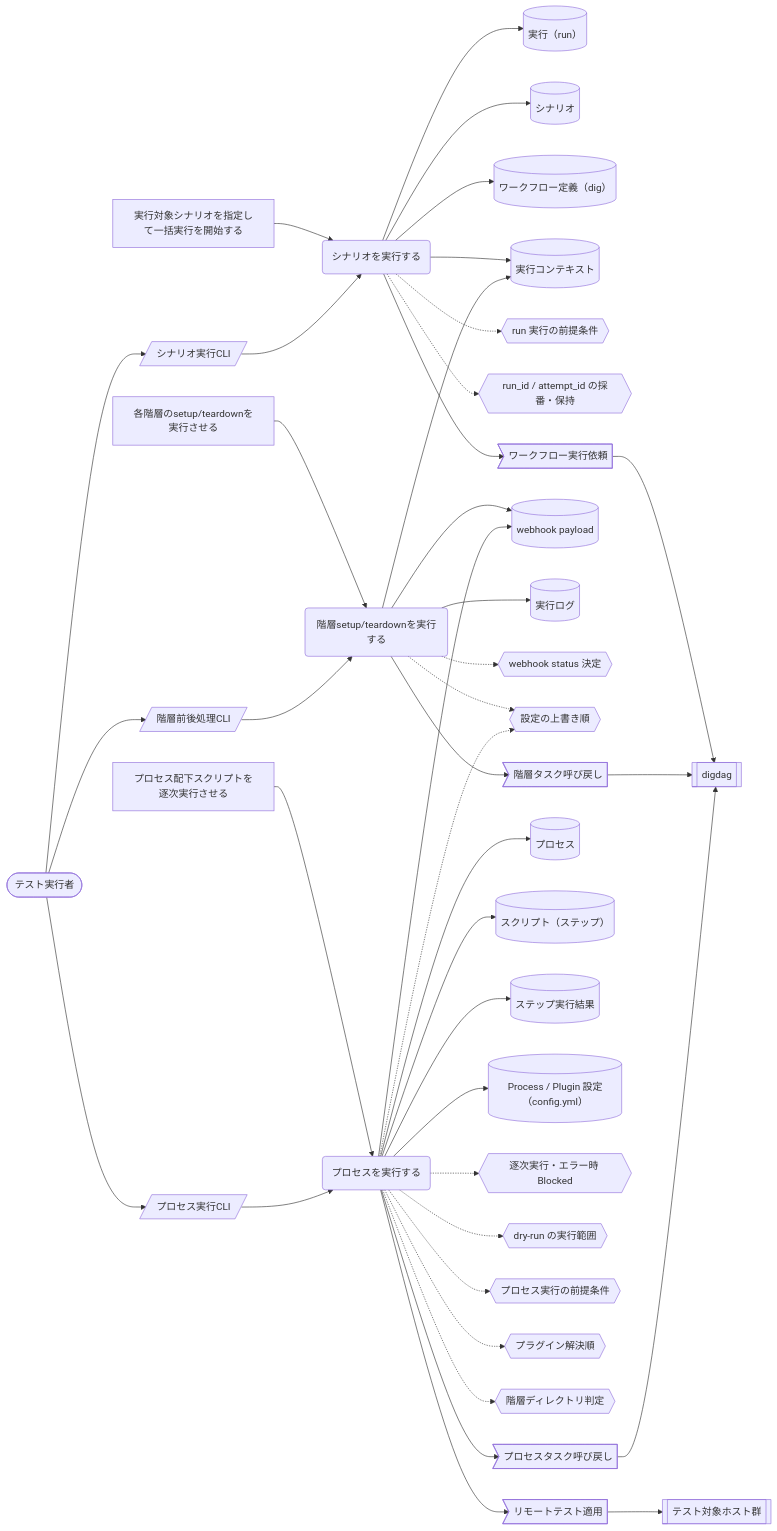
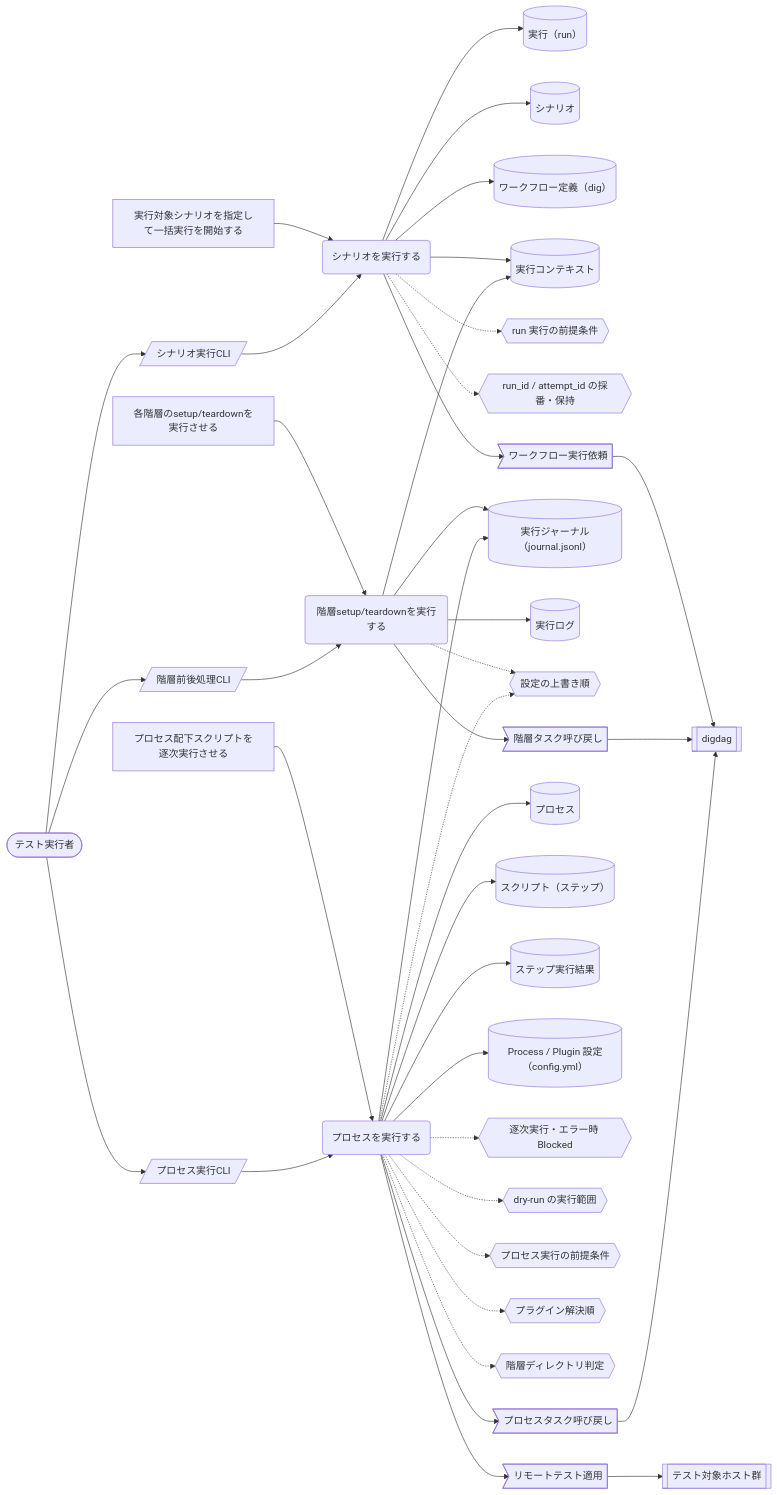
One commit to scenario-test-framework/stfw changed the eighth of 9 diagrams in docs/rdra/latest/views/04_UC複合図.md. Above: the diagram before and after it, drawn with Mermaid. The commit also changed other lines of this file and 26 other files, not shown here.

````diff
--- a/docs/rdra/latest/views/04_UC複合図.md
+++ b/docs/rdra/latest/views/04_UC複合図.md
@@ -295,77 +295,75 @@
 ```mermaid
 graph LR
   UC1("シナリオを実行する")
   AT1["実行対象シナリオを指定して一括実行を開始する"]
   IF1[("実行（run）")]
   IF2[("シナリオ")]
   IF3[("ワークフロー定義（dig）")]
   IF4[("実行コンテキスト")]
   CD1{{"run 実行の前提条件"}}
   CD2{{"run_id / attempt_id の採番・保持"}}
   SC1[/"シナリオ実行CLI"/]
   AC1(["テスト実行者"])
   EV1>"ワークフロー実行依頼"]
   EX1[["digdag"]]
   UC2("階層setup/teardownを実行する")
   AT2["各階層のsetup/teardownを実行させる"]
-  IF5[("webhook payload")]
+  IF5[("実行ジャーナル（journal.jsonl）")]
   IF6[("実行ログ")]
-  CD3{{"webhook status 決定"}}
-  CD4{{"設定の上書き順"}}
+  CD3{{"設定の上書き順"}}
   SC2[/"階層前後処理CLI"/]
   EV2>"階層タスク呼び戻し"]
   UC3("プロセスを実行する")
   AT3["プロセス配下スクリプトを逐次実行させる"]
   IF7[("プロセス")]
   IF8[("スクリプト（ステップ）")]
   IF9[("ステップ実行結果")]
   IF10[("Process / Plugin 設定（config.yml）")]
-  CD5{{"逐次実行・エラー時 Blocked"}}
-  CD6{{"dry-run の実行範囲"}}
-  CD7{{"プロセス実行の前提条件"}}
-  CD8{{"プラグイン解決順"}}
-  CD9{{"階層ディレクトリ判定"}}
+  CD4{{"逐次実行・エラー時 Blocked"}}
+  CD5{{"dry-run の実行範囲"}}
+  CD6{{"プロセス実行の前提条件"}}
+  CD7{{"プラグイン解決順"}}
+  CD8{{"階層ディレクトリ判定"}}
   SC3[/"プロセス実行CLI"/]
   EV3>"プロセスタスク呼び戻し"]
   EV4>"リモートテスト適用"]
   EX2[["テスト対象ホスト群"]]
   AT1 --> UC1
   UC1 --> IF1
   UC1 --> IF2
   UC1 --> IF3
   UC1 --> IF4
   UC1 -.-> CD1
   UC1 -.-> CD2
   AC1 --> SC1
   SC1 --> UC1
   UC1 --> EV1
   EV1 --> EX1
   AT2 --> UC2
   UC2 --> IF4
   UC2 --> IF5
   UC2 --> IF6
   UC2 -.-> CD3
-  UC2 -.-> CD4
   AC1 --> SC2
   SC2 --> UC2
   UC2 --> EV2
   EV2 --> EX1
   AT3 --> UC3
   UC3 --> IF7
   UC3 --> IF8
   UC3 --> IF9
   UC3 --> IF10
   UC3 --> IF5
+  UC3 -.-> CD4
   UC3 -.-> CD5
   UC3 -.-> CD6
+  UC3 -.-> CD3
   UC3 -.-> CD7
-  UC3 -.-> CD4
   UC3 -.-> CD8
-  UC3 -.-> CD9
   AC1 --> SC3
   SC3 --> UC3
   UC3 --> EV3
   EV3 --> EX1
   UC3 --> EV4
   EV4 --> EX2
 ```
````
